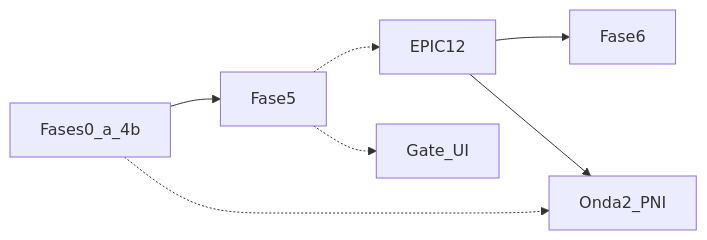
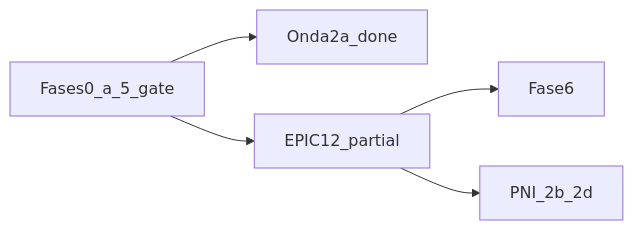
One commit to tiagocassio/cidadaobr changed the diagram in docs/commercial/status-plano-2026-06.md. Above: the diagram before and after it, drawn with Mermaid. The commit also changed other lines of this file and 3 other files, not shown here.

````diff
--- a/docs/commercial/status-plano-2026-06.md
+++ b/docs/commercial/status-plano-2026-06.md
@@ -23,16 +23,13 @@
 ```mermaid
 flowchart LR
-  done[Fases0_a_4b]
-  f5[Fase5]
-  ui[Gate_UI]
+  done[Fases0_a_5_gate]
+  pni2a[Onda2a_done]
+  epic12[EPIC12_partial]
   f6[Fase6]
-  pni[Onda2_PNI]
-  epic12[EPIC12]
+  pni2b[PNI_2b_2d]
 
-  done --> f5
+  done --> epic12
   epic12 --> f6
-  f5 -.-> epic12
-  f5 -.-> ui
-  done -.-> pni
-  epic12 --> pni
+  done --> pni2a
+  epic12 --> pni2b
 ```
````
